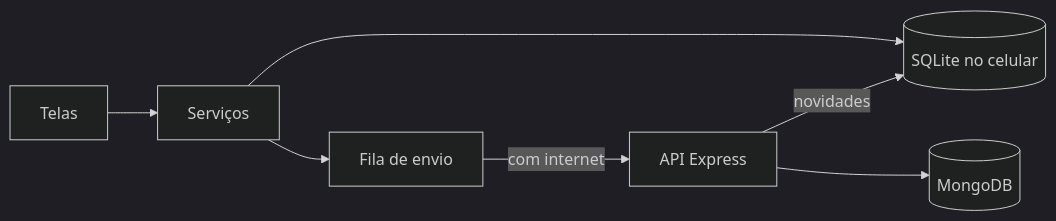
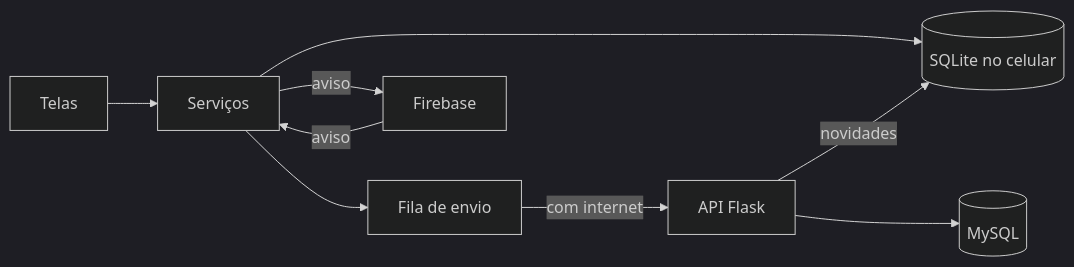
The diagram in README.md (Paulo0332/InfoAbrigo), drawn with Mermaid (dark theme) before and after one commit. The commit also changed other lines of this file and 43 other files, not shown here.

First line of the commit message:
feat: API em Flask e MySQL, axios, NetInfo, Firebase e alternar a camera

````diff
--- a/README.md
+++ b/README.md
@@ -71,9 +88,11 @@
 ```mermaid
 flowchart LR
     T[Telas] --> S[Serviços]
     S --> L[(SQLite no celular)]
     S --> F[Fila de envio]
-    F -->|com internet| A[API Express]
-    A --> M[(MongoDB)]
+    F -->|com internet| A[API Flask]
+    A --> M[(MySQL)]
     A -->|novidades| L
+    S -->|aviso| R[Firebase]
+    R -->|aviso| S
 ```
````
